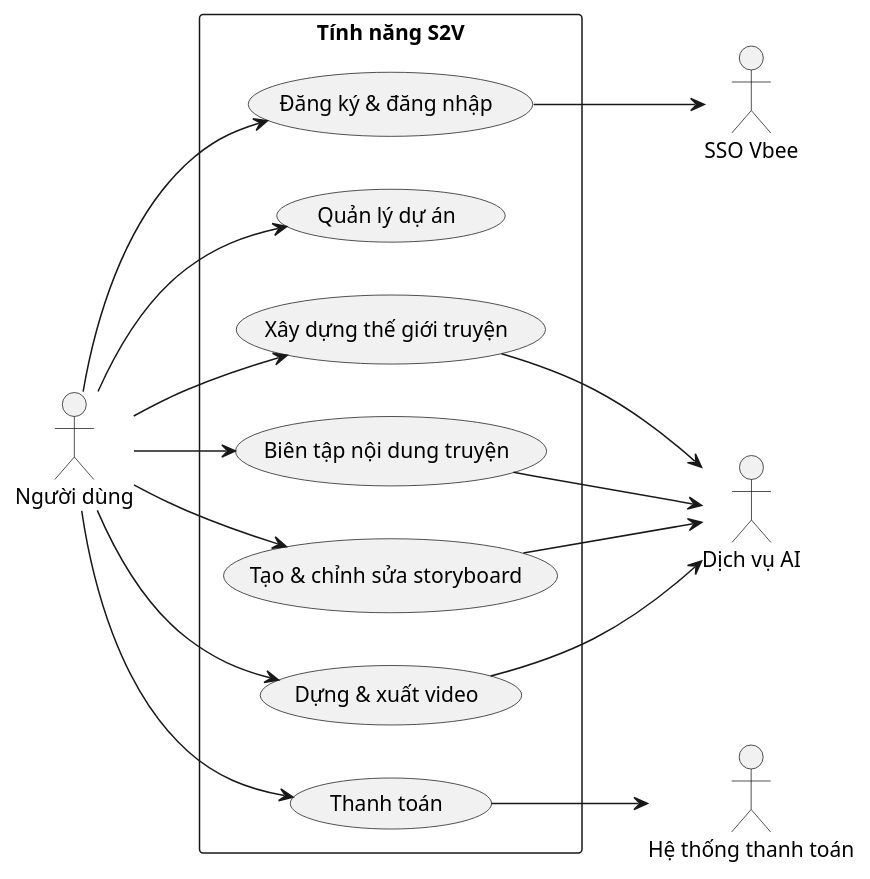
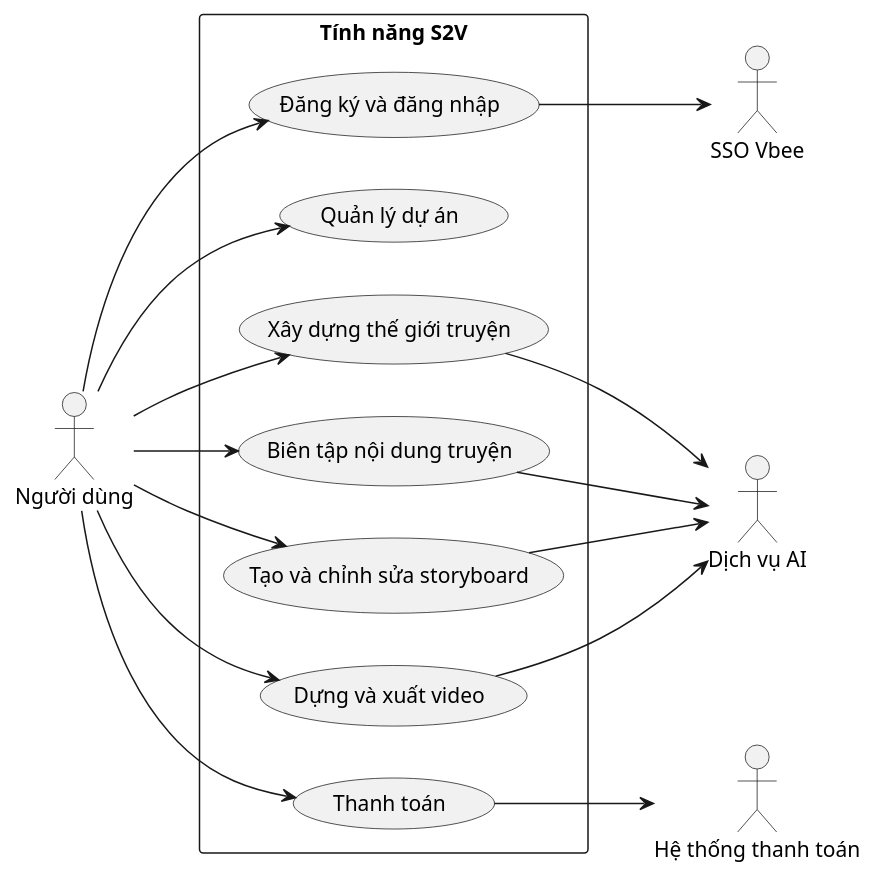
The diagram in docs/bieu-do-uc/tong-quat.puml (202416852-anhpv/story2video-docs), drawn with PlantUML before and after one commit. The commit also changed 2 other files, not shown here.

```diff
--- a/docs/bieu-do-uc/tong-quat.puml
+++ b/docs/bieu-do-uc/tong-quat.puml
@@ -1,34 +1,34 @@
 @startuml tong-quat
 left to right direction
 
 actor "Người dùng" as User
 actor "SSO Vbee" as SSO
 actor "Dịch vụ AI" as AI_Service
 actor "Hệ thống thanh toán" as PAY_SYS
 
 rectangle "Tính năng S2V" {
-    usecase "Đăng ký & đăng nhập" as UC_01
+    usecase "Đăng ký và đăng nhập" as UC_01
     usecase "Quản lý dự án" as UC_02
     usecase "Xây dựng thế giới truyện" as UC_03
     usecase "Biên tập nội dung truyện" as UC_04
-    usecase "Tạo & chỉnh sửa storyboard" as UC_05
-    usecase "Dựng & xuất video" as UC_06
+    usecase "Tạo và chỉnh sửa storyboard" as UC_05
+    usecase "Dựng và xuất video" as UC_06
     usecase "Thanh toán" as UC_07
 }
 
 User --> UC_01
 User --> UC_02
 User --> UC_03
 User --> UC_04
 User --> UC_05
 User --> UC_06
 User --> UC_07
 
 UC_07 --> PAY_SYS
 UC_01 --> SSO
 UC_03 --> AI_Service
 UC_04 --> AI_Service
 UC_05 --> AI_Service
 UC_06 --> AI_Service
 
 @enduml
```
